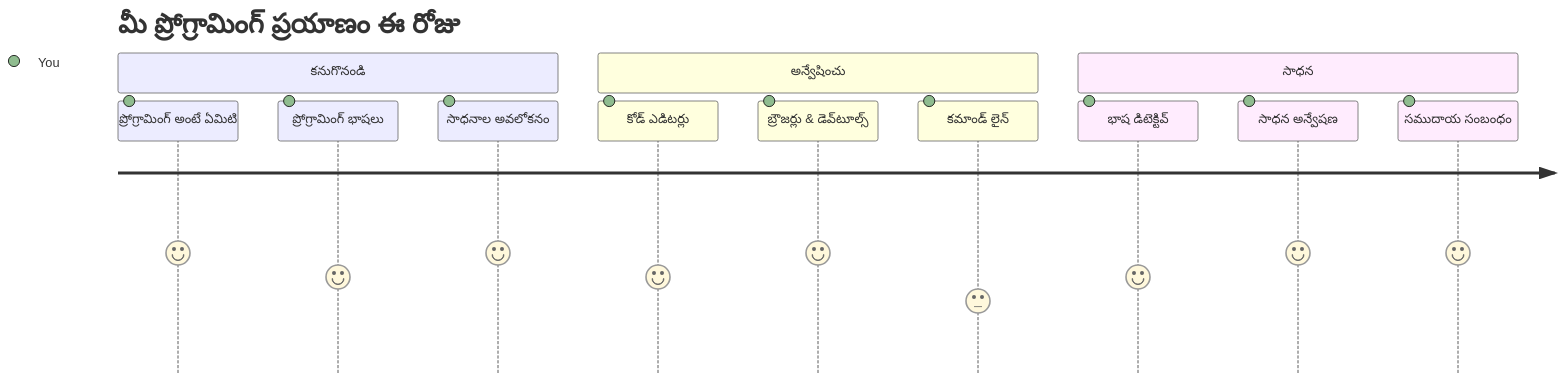
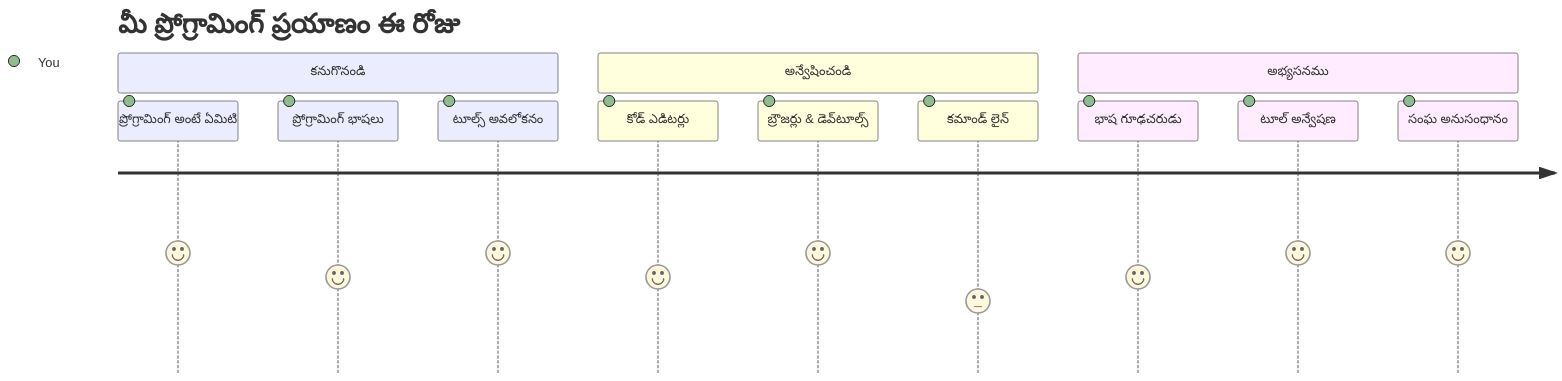
One commit to microsoft/Web-Dev-For-Beginners changed the first of 7 diagrams in translations/te/1-getting-started-lessons/1-intro-to-programming-languages/README.md. Above: the diagram before and after it, drawn with Mermaid. The commit also changed other lines of this file and 13 other files, not shown here.

````diff
--- a/translations/te/1-getting-started-lessons/1-intro-to-programming-languages/README.md
+++ b/translations/te/1-getting-started-lessons/1-intro-to-programming-languages/README.md
@@ -14,16 +14,16 @@
 ```mermaid
 journey
     title మీ ప్రోగ్రామింగ్ ప్రయాణం ఈ రోజు
     section కనుగొనండి
       ప్రోగ్రామింగ్ అంటే ఏమిటి: 5: You
       ప్రోగ్రామింగ్ భాషలు: 4: You
-      సాధనాల అవలోకనం: 5: You
-    section అన్వేషించు
+      టూల్స్ అవలోకనం: 5: You
+    section అన్వేషించండి
       కోడ్ ఎడిటర్లు: 4: You
       బ్రౌజర్లు & డెవ్‌టూల్స్: 5: You
       కమాండ్ లైన్: 3: You
-    section సాధన
-      భాష డిటెక్టివ్: 4: You
-      సాధన అన్వేషణ: 5: You
-      సముదాయ సంబంధం: 5: You
+    section అభ్యసనము
+      భాష గూఢచరుడు: 4: You
+      టూల్ అన్వేషణ: 5: You
+      సంఘ అనుసంధానం: 5: You
 ```
````
